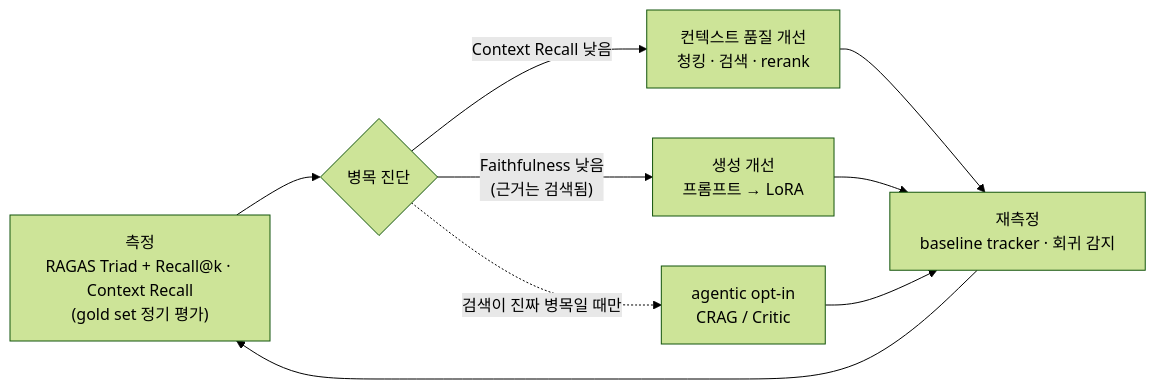
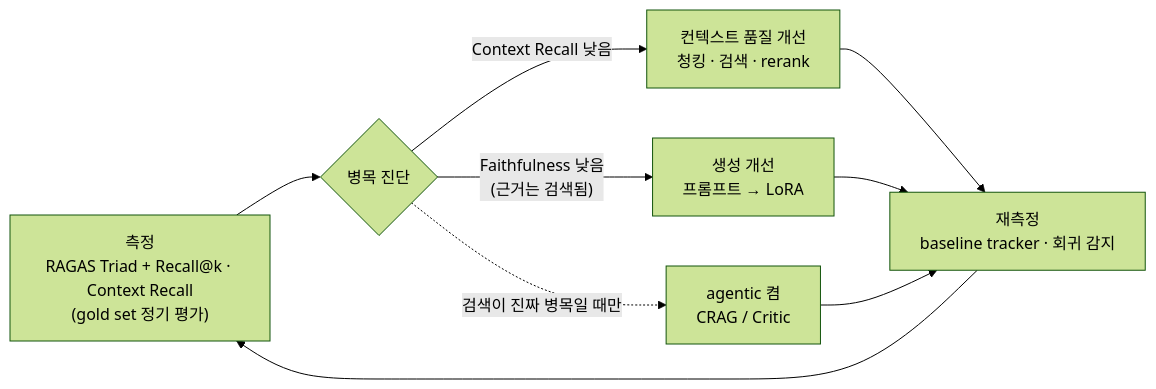
One commit to deokjinlog/docs-rag changed the diagram in docs/design-retrospective.md. Above: the diagram before and after it, drawn with Mermaid (forest theme). The commit also changed other lines of this file and 3 other files, not shown here.

````diff
--- a/docs/design-retrospective.md
+++ b/docs/design-retrospective.md
@@ -104,11 +104,11 @@
 ```mermaid
 flowchart LR
     M["측정<br/>RAGAS Triad + Recall@k · Context Recall<br/>(gold set 정기 평가)"] --> D{"병목 진단"}
     D -->|"Context Recall 낮음"| C["컨텍스트 품질 개선<br/>청킹 · 검색 · rerank"]
     D -->|"Faithfulness 낮음<br/>(근거는 검색됨)"| G["생성 개선<br/>프롬프트 → LoRA"]
-    D -.검색이 진짜 병목일 때만.-> A["agentic opt-in<br/>CRAG / Critic"]
+    D -.검색이 진짜 병목일 때만.-> A["agentic 켬<br/>CRAG / Critic"]
     C --> R["재측정<br/>baseline tracker · 회귀 감지"]
     G --> R
     A --> R
     R --> M
 ```
````
